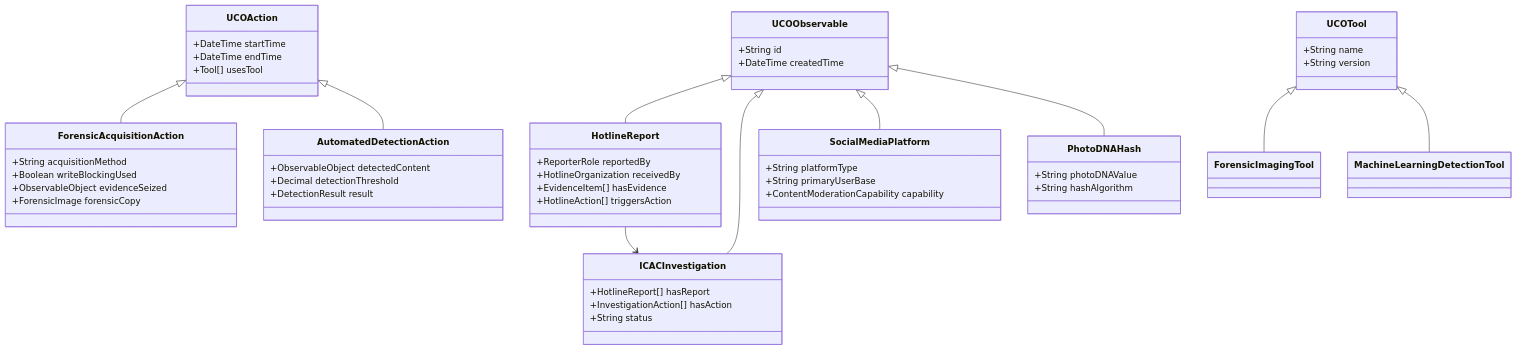
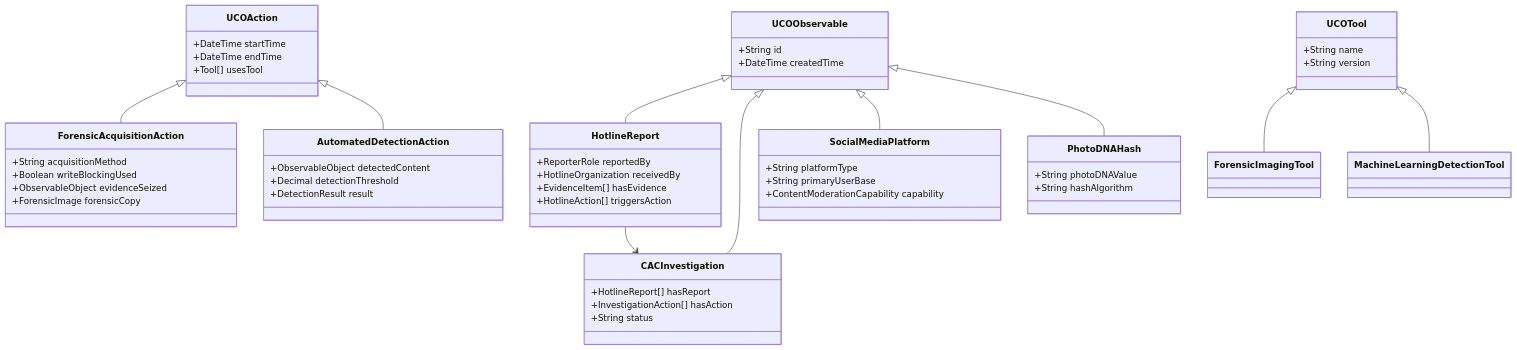
One commit to Project-VIC-International/CAC-Ontology changed the fifth of 6 diagrams in docs/architecture.md. Above: the diagram before and after it, drawn with Mermaid. The commit also changed other lines of this file and 61 other files, not shown here.

````diff
--- a/docs/architecture.md
+++ b/docs/architecture.md
@@ -328,65 +328,65 @@
 ```mermaid
 classDiagram
     class UCOObservable {
         +String id
         +DateTime createdTime
     }
     
     class UCOAction {
         +DateTime startTime
         +DateTime endTime
         +Tool[] usesTool
     }
     
     class UCOTool {
         +String name
         +String version
     }
     
     class HotlineReport {
         +ReporterRole reportedBy
         +HotlineOrganization receivedBy
         +EvidenceItem[] hasEvidence
         +HotlineAction[] triggersAction
     }
     
-    class ICACInvestigation {
+    class CACInvestigation {
         +HotlineReport[] hasReport
         +InvestigationAction[] hasAction
         +String status
     }
     
     class ForensicAcquisitionAction {
         +String acquisitionMethod
         +Boolean writeBlockingUsed
         +ObservableObject evidenceSeized
         +ForensicImage forensicCopy
     }
     
     class AutomatedDetectionAction {
         +ObservableObject detectedContent
         +Decimal detectionThreshold
         +DetectionResult result
     }
     
     class SocialMediaPlatform {
         +String platformType
         +String primaryUserBase
         +ContentModerationCapability capability
     }
     
     class PhotoDNAHash {
         +String photoDNAValue
         +String hashAlgorithm
     }
     
     UCOObservable <|-- HotlineReport
-    UCOObservable <|-- ICACInvestigation
+    UCOObservable <|-- CACInvestigation
     UCOObservable <|-- SocialMediaPlatform
     UCOObservable <|-- PhotoDNAHash
     UCOAction <|-- ForensicAcquisitionAction
     UCOAction <|-- AutomatedDetectionAction
     UCOTool <|-- ForensicImagingTool
     UCOTool <|-- MachineLearningDetectionTool
-    HotlineReport --> ICACInvestigation
+    HotlineReport --> CACInvestigation
 ```
````
